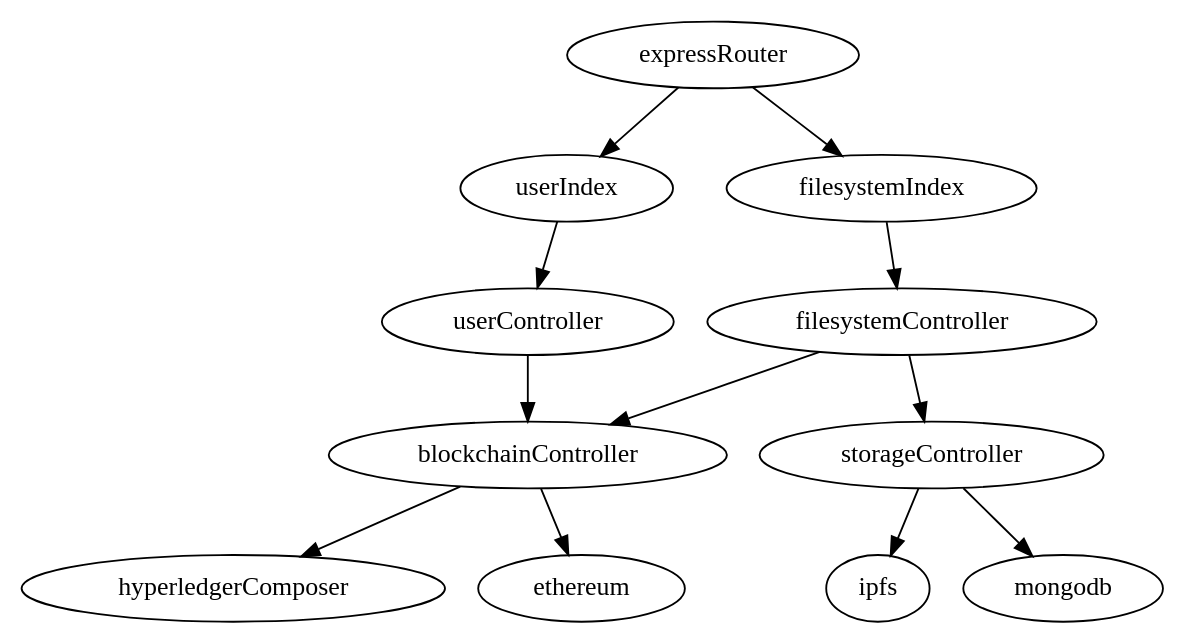
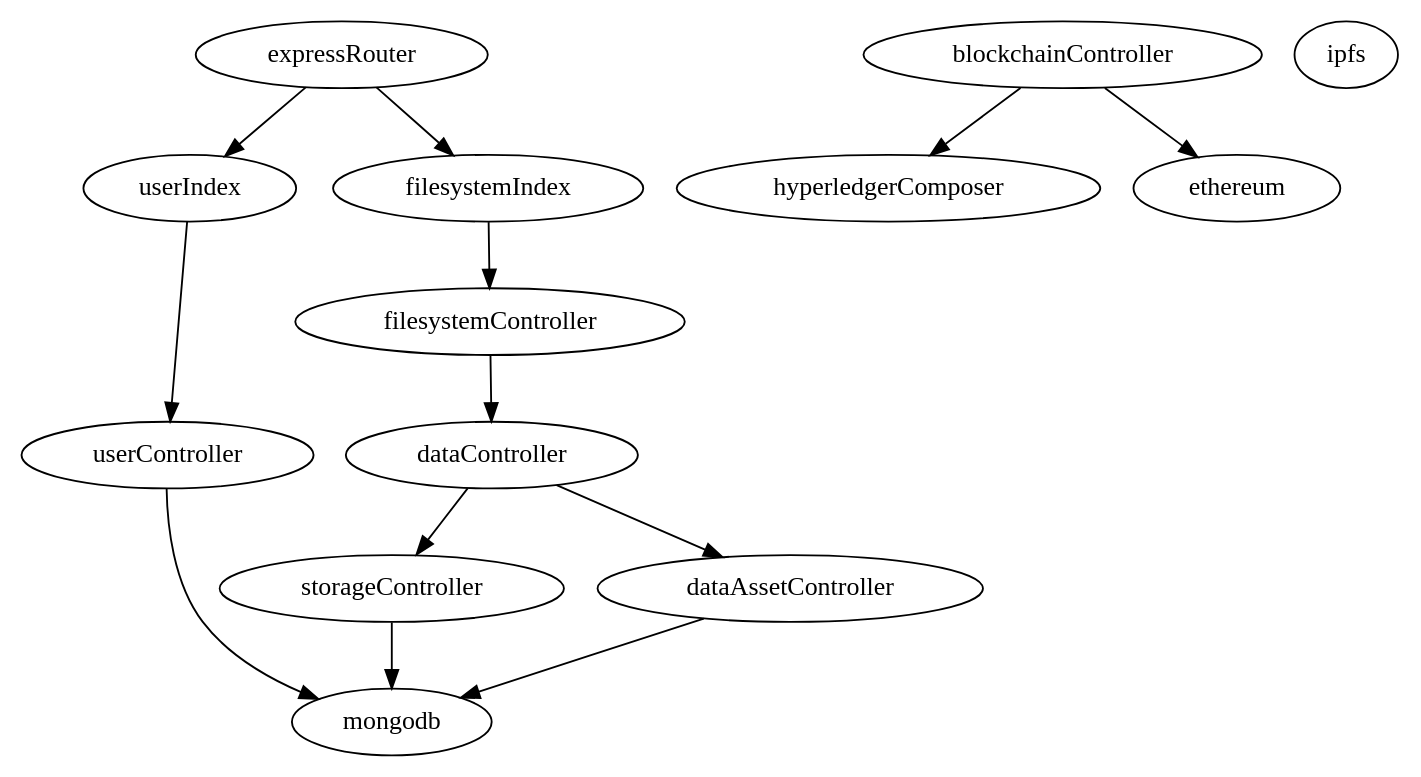
The diagram in server/core-code-structure.dot (thailekha/fsbc), drawn with Graphviz before and after one commit. The commit also changed 17 other files, not shown here.

```diff
--- a/server/core-code-structure.dot
+++ b/server/core-code-structure.dot
@@ -1,15 +1,20 @@
 digraph g {
     expressRouter -> userIndex
     expressRouter -> filesystemIndex
 
     filesystemIndex -> filesystemController
-    filesystemController -> blockchainController
+    // filesystemController -> blockchainController
     blockchainController -> hyperledgerComposer
     blockchainController -> ethereum
-    filesystemController -> storageController
-    storageController -> ipfs
+    filesystemController -> dataController
+    dataController -> storageController
+    dataController -> dataAssetController -> mongodb
+    // storageController -> ipfs
     storageController -> mongodb
 
     userIndex -> userController
-    userController -> blockchainController
+    // userController -> blockchainController
+    userController -> mongodb
+
+    ipfs
 }
```
